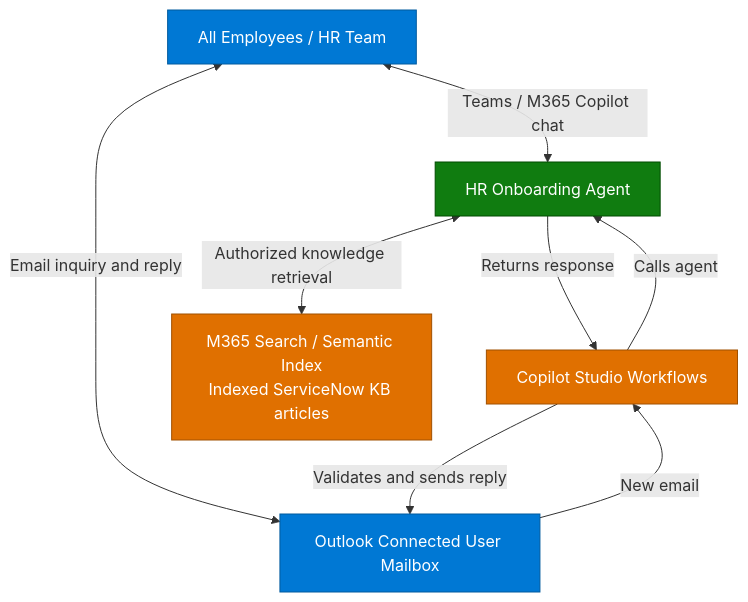
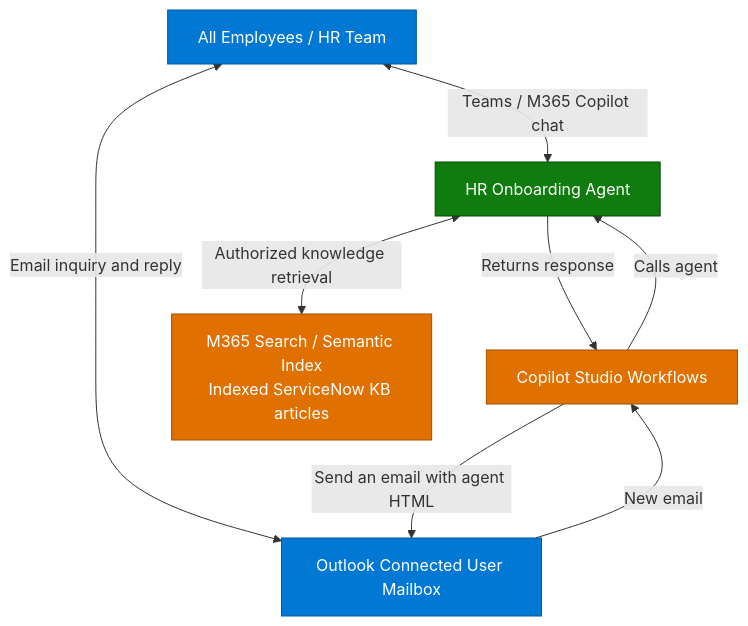
One commit to petepuu/ai-agent-runbooks changed the diagram in 01-scenarios/HR-Onboarding-Agent-GHCP/1.Overview.md. Above: the diagram before and after it, drawn with Mermaid. The commit also changed other lines of this file and 12 other files, not shown here.

````diff
--- a/01-scenarios/HR-Onboarding-Agent-GHCP/1.Overview.md
+++ b/01-scenarios/HR-Onboarding-Agent-GHCP/1.Overview.md
@@ -52,22 +52,22 @@
 ```mermaid
 flowchart TD
     U["All Employees / HR Team"]
     M["Outlook Connected User Mailbox"]
     W["Copilot Studio Workflows"]
     A["HR Onboarding Agent"]
     K["M365 Search / Semantic Index<br/>Indexed ServiceNow KB articles"]
 
     U <-->|"Teams / M365 Copilot chat"| A
     U <-->|"Email inquiry and reply"| M
     M -->|"New email"| W
     W -->|"Calls agent"| A
     A -->|"Returns response"| W
-    W -->|"Validates and sends reply"| M
+    W -->|"Send an email with agent HTML"| M
     A <-->|"Authorized knowledge retrieval"| K
 
     style U fill:#0078D4,color:#fff,stroke:#005A9E
     style A fill:#107C10,color:#fff,stroke:#004B00
     style K fill:#E07000,color:#fff,stroke:#A05000
     style M fill:#0078D4,color:#fff,stroke:#005A9E
     style W fill:#E07000,color:#fff,stroke:#A05000
 ```
````
